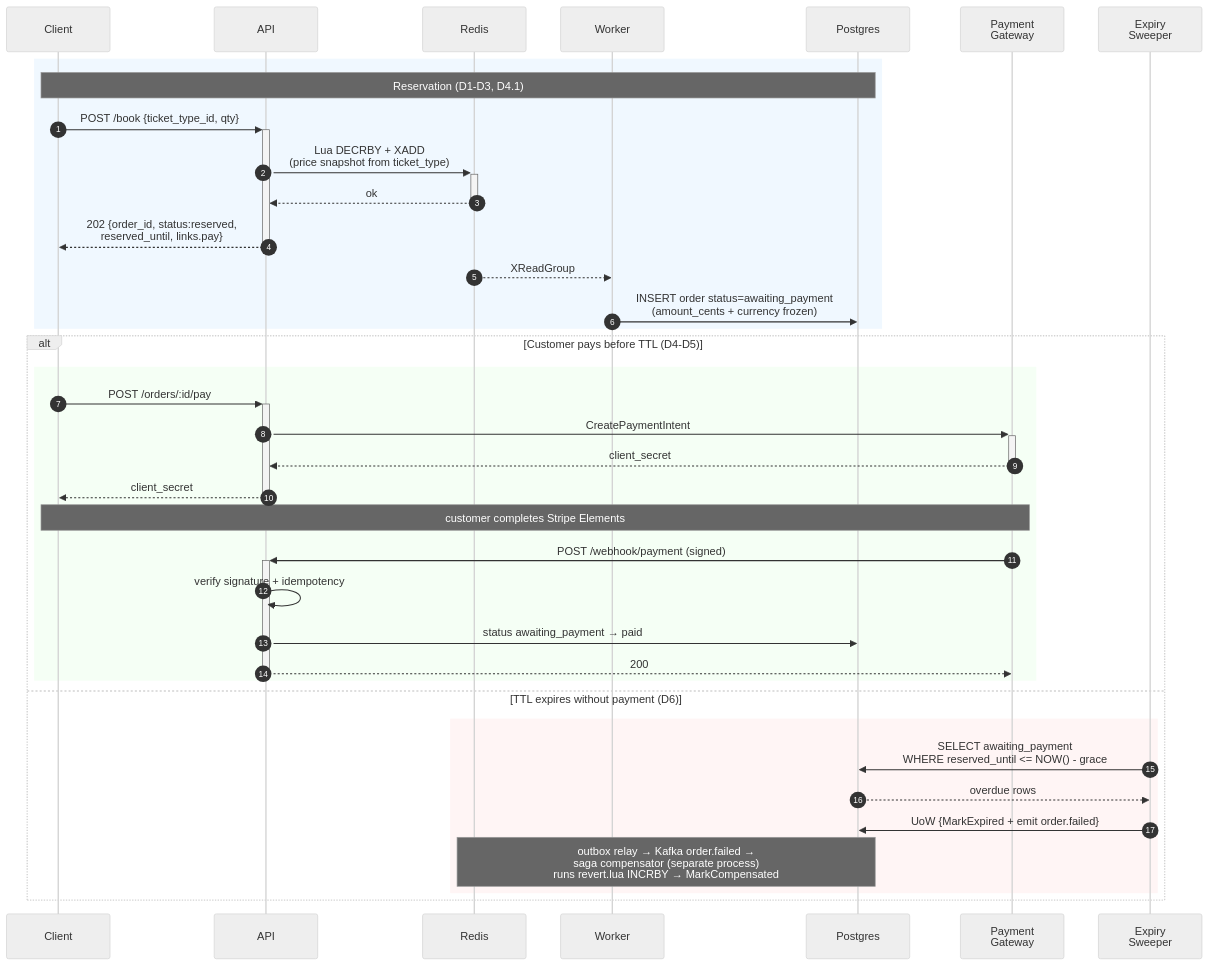
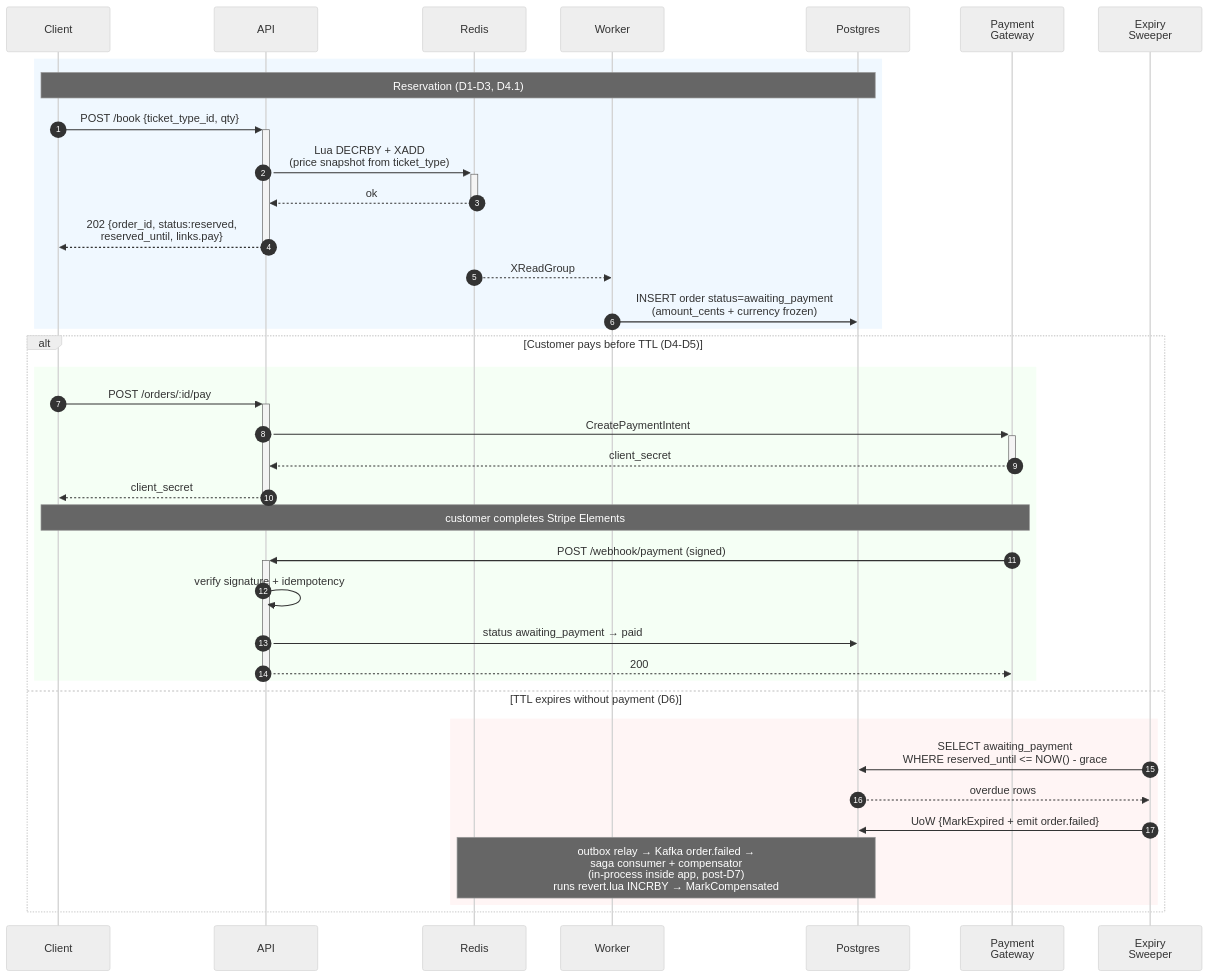
One commit to Leon180/booking_monitor changed the sixth of 6 diagrams in README.md. Above: the diagram before and after it, drawn with Mermaid (neutral theme). The commit also changed other lines of this file and 3 other files, not shown here.

````diff
--- a/README.md
+++ b/README.md
@@ -113,42 +113,42 @@
 ```mermaid
 sequenceDiagram
     autonumber
     participant C as Client
     participant API
     participant R as Redis
     participant W as Worker
     participant P as Postgres
     participant GW as Payment<br/>Gateway
     participant SW as Expiry<br/>Sweeper
 
     rect rgb(240, 248, 255)
     Note over C,P: Reservation (D1-D3, D4.1)
     C->>+API: POST /book {ticket_type_id, qty}
     API->>+R: Lua DECRBY + XADD<br/>(price snapshot from ticket_type)
     R-->>-API: ok
     API-->>-C: 202 {order_id, status:reserved,<br/>reserved_until, links.pay}
     R-->>W: XReadGroup
     W->>P: INSERT order status=awaiting_payment<br/>(amount_cents + currency frozen)
     end
 
     alt Customer pays before TTL (D4-D5)
         rect rgb(245, 255, 245)
         C->>+API: POST /orders/:id/pay
         API->>+GW: CreatePaymentIntent
         GW-->>-API: client_secret
         API-->>-C: client_secret
         Note over C,GW: customer completes Stripe Elements
         GW->>+API: POST /webhook/payment (signed)
         API->>API: verify signature + idempotency
         API->>P: status awaiting_payment → paid
         API-->>-GW: 200
         end
     else TTL expires without payment (D6)
         rect rgb(255, 245, 245)
         SW->>P: SELECT awaiting_payment<br/>WHERE reserved_until <= NOW() - grace
         P-->>SW: overdue rows
         SW->>P: UoW {MarkExpired + emit order.failed}
-        Note over P,R: outbox relay → Kafka order.failed →<br/>saga compensator (separate process)<br/>runs revert.lua INCRBY → MarkCompensated
+        Note over P,R: outbox relay → Kafka order.failed →<br/>saga consumer + compensator<br/>(in-process inside app, post-D7)<br/>runs revert.lua INCRBY → MarkCompensated
         end
     end
 ```
````
